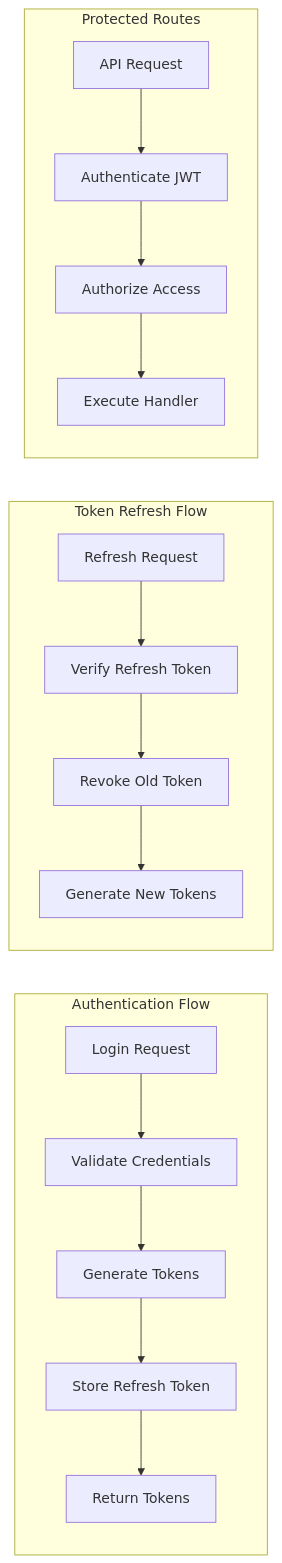
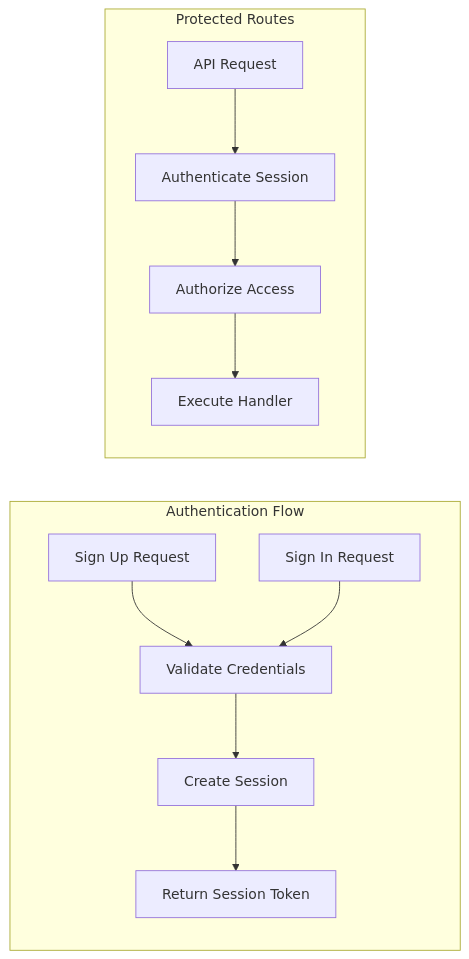
Before and after one commit to AndreaGiulianini/fullstack_basic_starter: the third of 5 diagrams in api/README.md, drawn with Mermaid. The commit also changed other lines of this file and 37 other files, not shown here.

````diff
--- a/api/README.md
+++ b/api/README.md
@@ -171,37 +171,26 @@
 ```mermaid
 graph LR
     subgraph "Authentication Flow"
-        LOGIN["Login Request"]
+        SIGNUP["Sign Up Request"]
+        SIGNIN["Sign In Request"]
         VALIDATE["Validate Credentials"]
-        GENERATE["Generate Tokens"]
-        STORE["Store Refresh Token"]
-        RESPONSE["Return Tokens"]
-    end
-    
-    subgraph "Token Refresh Flow"
-        REFRESH["Refresh Request"]
-        VERIFY["Verify Refresh Token"]
-        REVOKE["Revoke Old Token"]
-        NEW["Generate New Tokens"]
+        SESSION["Create Session"]
+        RESPONSE["Return Session Token"]
     end
     
     subgraph "Protected Routes"
         REQUEST["API Request"]
-        AUTH["Authenticate JWT"]
+        AUTH["Authenticate Session"]
         AUTHORIZE["Authorize Access"]
         EXECUTE["Execute Handler"]
     end
     
-    LOGIN --> VALIDATE
-    VALIDATE --> GENERATE
-    GENERATE --> STORE
-    STORE --> RESPONSE
-    
-    REFRESH --> VERIFY
-    VERIFY --> REVOKE
-    REVOKE --> NEW
+    SIGNUP --> VALIDATE
+    SIGNIN --> VALIDATE
+    VALIDATE --> SESSION
+    SESSION --> RESPONSE
     
     REQUEST --> AUTH
     AUTH --> AUTHORIZE
     AUTHORIZE --> EXECUTE
 ```
````
